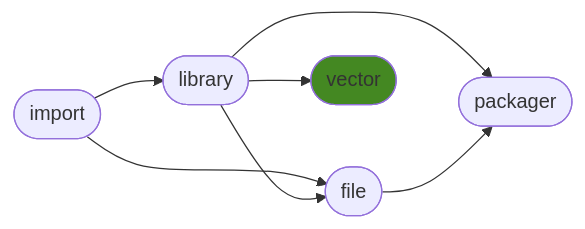
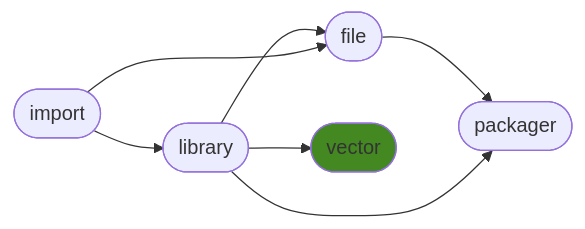
The diagram in README.md (ManderaGeneral/generalvector), drawn with Mermaid before and after one commit. The commit also changed other lines of this file, not shown here.

````diff
--- a/README.md
+++ b/README.md
@@ -24,15 +24,15 @@
 ```mermaid
 flowchart LR
-0([import]) --> 2([file])
+2([file]) --> 4([packager])
+1([library]) --> 2([file])
+0([import]) --> 1([library])
 1([library]) --> 3([vector])
 1([library]) --> 4([packager])
-0([import]) --> 1([library])
-1([library]) --> 2([file])
-2([file]) --> 4([packager])
+0([import]) --> 2([file])
 click 0 "https://github.com/ManderaGeneral/generalimport"
 click 1 "https://github.com/ManderaGeneral/generallibrary"
 click 2 "https://github.com/ManderaGeneral/generalfile"
 click 3 "https://github.com/ManderaGeneral/generalvector"
 click 4 "https://github.com/ManderaGeneral/generalpackager"
 style 3 fill:#482
 ```
````
